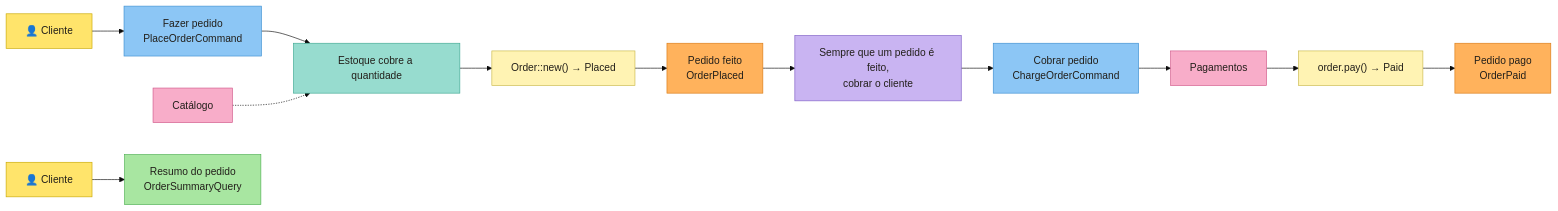
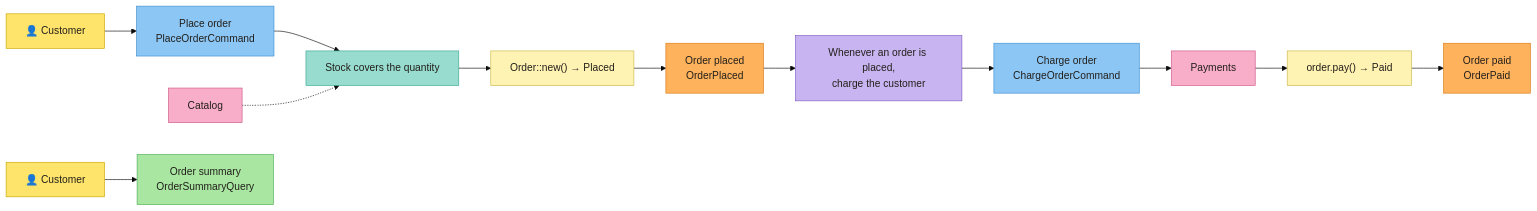
The diagram in docs/pt-BR/tutorial.md (ecdesa-labs/cerne), drawn with Mermaid (base theme) before and after one commit. The commit also changed other lines of this file and 64 other files, not shown here.

````diff
--- a/docs/pt-BR/tutorial.md
+++ b/docs/pt-BR/tutorial.md
@@ -31,22 +29,22 @@
 ```mermaid
 flowchart LR
-  customer["👤 Cliente"]:::actor --> place["Fazer pedido<br/>PlaceOrderCommand"]:::command
-  place --> rules["Estoque cobre a quantidade"]:::rule
-  catalog["Catálogo"]:::external -.-> rules
+  customer["👤 Customer"]:::actor --> place["Place order<br/>PlaceOrderCommand"]:::command
+  place --> rules["Stock covers the quantity"]:::rule
+  catalog["Catalog"]:::external -.-> rules
   rules --> order["Order::new() → Placed"]:::aggregate
-  order --> placed["Pedido feito<br/>OrderPlaced"]:::event
-  placed --> policy["Sempre que um pedido é feito,<br/>cobrar o cliente"]:::policy
-  policy --> charge["Cobrar pedido<br/>ChargeOrderCommand"]:::command
-  charge --> payments["Pagamentos"]:::external
+  order --> placed["Order placed<br/>OrderPlaced"]:::event
+  placed --> policy["Whenever an order is placed,<br/>charge the customer"]:::policy
+  policy --> charge["Charge order<br/>ChargeOrderCommand"]:::command
+  charge --> payments["Payments"]:::external
   payments --> paid_order["order.pay() → Paid"]:::aggregate
-  paid_order --> paid["Pedido pago<br/>OrderPaid"]:::event
-  customer2["👤 Cliente"]:::actor --> summary["Resumo do pedido<br/>OrderSummaryQuery"]:::read_model
+  paid_order --> paid["Order paid<br/>OrderPaid"]:::event
+  customer2["👤 Customer"]:::actor --> summary["Order summary<br/>OrderSummaryQuery"]:::read_model
   classDef actor fill:#ffe46b,stroke:#c9a800,color:#221f1a
   classDef command fill:#8cc6f5,stroke:#3d8fd1,color:#221f1a
   classDef rule fill:#97dccf,stroke:#3fa892,color:#221f1a
   classDef aggregate fill:#fff3b3,stroke:#c9b84a,color:#221f1a
   classDef event fill:#ffb25c,stroke:#d97a14,color:#221f1a
   classDef policy fill:#c9b4f2,stroke:#7d5cc4,color:#221f1a
   classDef external fill:#f8adc9,stroke:#d0578a,color:#221f1a
   classDef read_model fill:#a8e6a1,stroke:#4caf50,color:#221f1a
 ```
````
